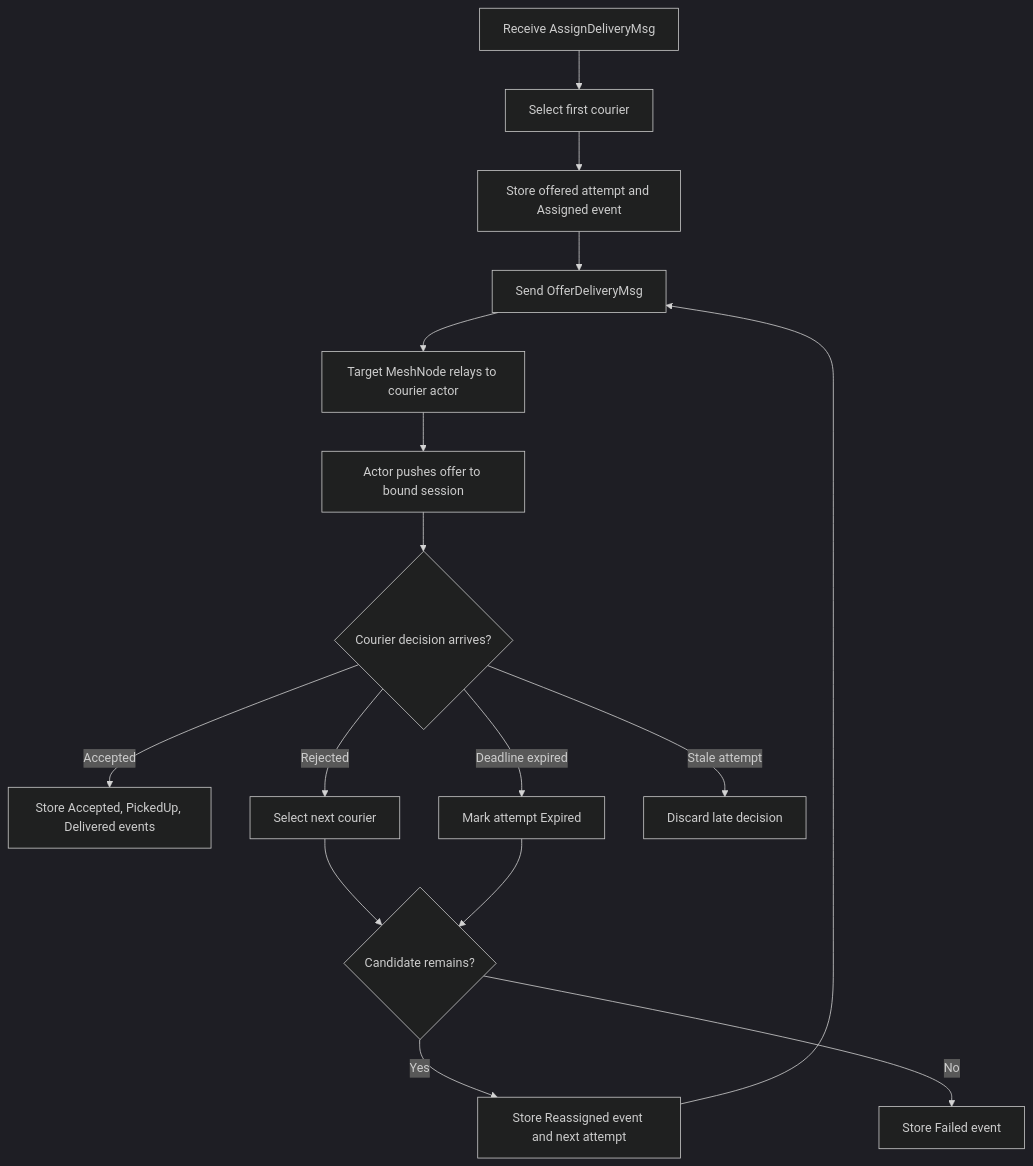
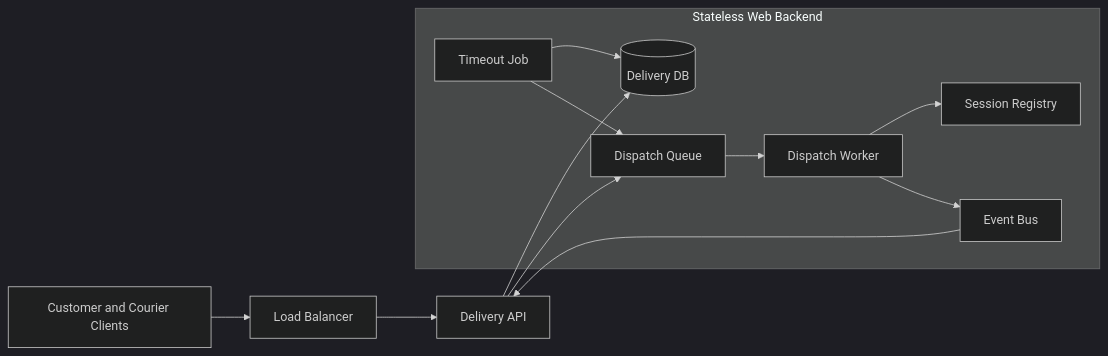
The first of 4 diagrams in framework/doc/framework/common/sample/deliverydispatch/README.ko.md (kairos-code-dev/zlink), drawn with Mermaid (dark theme) before and after one commit. The commit also changed other lines of this file and 39 other files, not shown here.

````diff
--- a/framework/doc/framework/common/sample/deliverydispatch/README.ko.md
+++ b/framework/doc/framework/common/sample/deliverydispatch/README.ko.md
@@ -373,18 +68,21 @@
 ```mermaid
-flowchart TD
-    A[Receive AssignDeliveryMsg] --> B[Select first courier]
-    B --> C[Store offered attempt and Assigned event]
-    C --> D[Send OfferDeliveryMsg]
-    D --> E[Target MeshNode relays to courier actor]
-    E --> F[Actor pushes offer to bound session]
-    F --> G{Courier decision arrives?}
-    G -->|Accepted| H[Store Accepted, PickedUp, Delivered events]
-    G -->|Rejected| I[Select next courier]
-    G -->|Deadline expired| J[Mark attempt Expired]
-    I --> K{Candidate remains?}
-    J --> K
-    K -->|Yes| L[Store Reassigned event and next attempt]
-    L --> D
-    K -->|No| M[Store Failed event]
-    G -->|Stale attempt| N[Discard late decision]
+flowchart LR
+    C[Customer and Courier Clients] --> LB[Load Balancer]
+    LB --> API[Delivery API]
+    subgraph Backend[Stateless Web Backend]
+        DB[(Delivery DB)]
+        Q[Dispatch Queue]
+        W[Dispatch Worker]
+        R[Session Registry]
+        E[Event Bus]
+        J[Timeout Job]
+    end
+    API --> DB
+    API --> Q
+    Q --> W
+    W --> R
+    W --> E
+    J --> DB
+    J --> Q
+    E --> API
 ```
````
